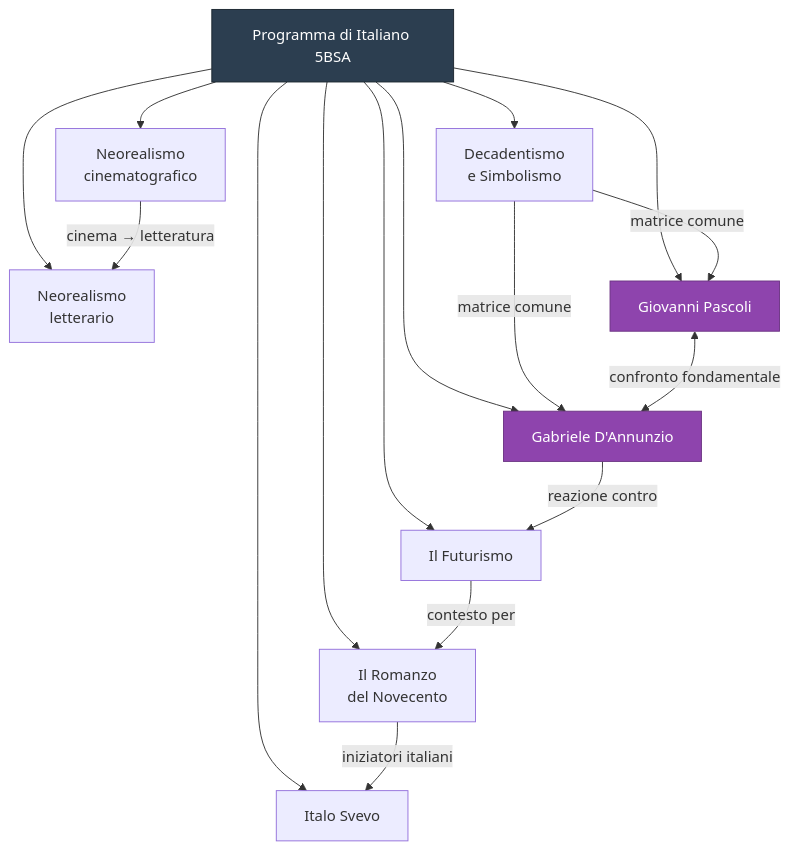
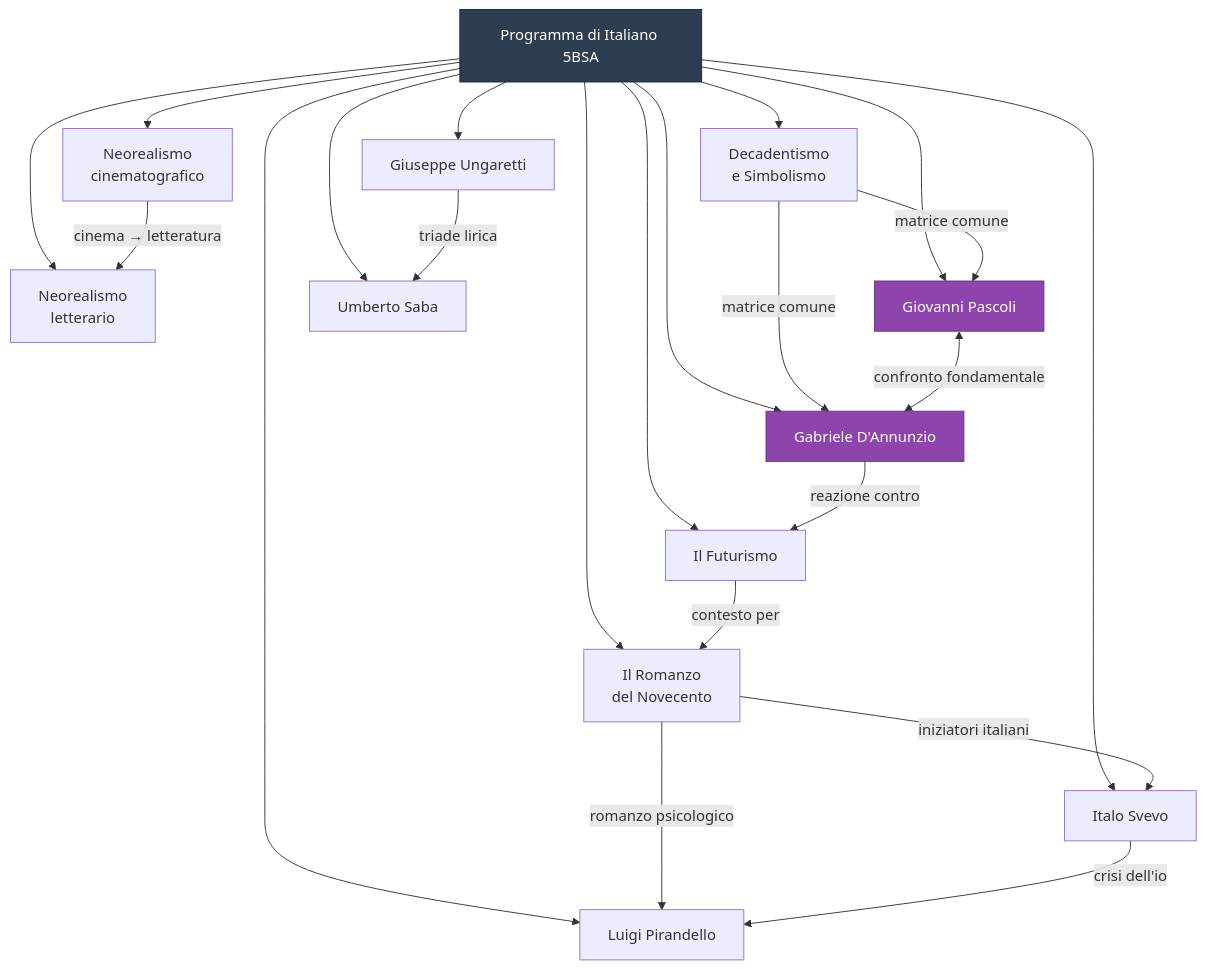
The diagram in italiano/INDICE.md (riccardo-algorime/appunti-5Bsa), drawn with Mermaid before and after one commit. The commit also changed other lines of this file and 113 other files, not shown here.

````diff
--- a/italiano/INDICE.md
+++ b/italiano/INDICE.md
@@ -25,23 +25,29 @@
 ```mermaid
 flowchart TD
     A[Programma di Italiano 5BSA] --> B[Neorealismo<br/>cinematografico]
     A --> C[Neorealismo<br/>letterario]
     A --> D[Decadentismo<br/>e Simbolismo]
     A --> E[Giovanni Pascoli]
     A --> F[Gabriele D'Annunzio]
     A --> G[Il Futurismo]
     A --> H[Il Romanzo<br/>del Novecento]
     A --> I[Italo Svevo]
+    A --> J[Luigi Pirandello]
+    A --> K[Giuseppe Ungaretti]
+    A --> L[Umberto Saba]
 
     D -->|"matrice comune"| E
     D -->|"matrice comune"| F
     E <-->|"confronto fondamentale"| F
     F -->|"reazione contro"| G
     G -->|"contesto per"| H
     H -->|"iniziatori italiani"| I
+    H -->|"romanzo psicologico"| J
+    I -->|"crisi dell'io"| J
+    K -->|"triade lirica"| L
     B -->|"cinema → letteratura"| C
 
     style A fill:#2c3e50,stroke:#1a252f,color:#fff
     style E fill:#8e44ad,stroke:#6c3483,color:#fff
     style F fill:#8e44ad,stroke:#6c3483,color:#fff
 ```
````
